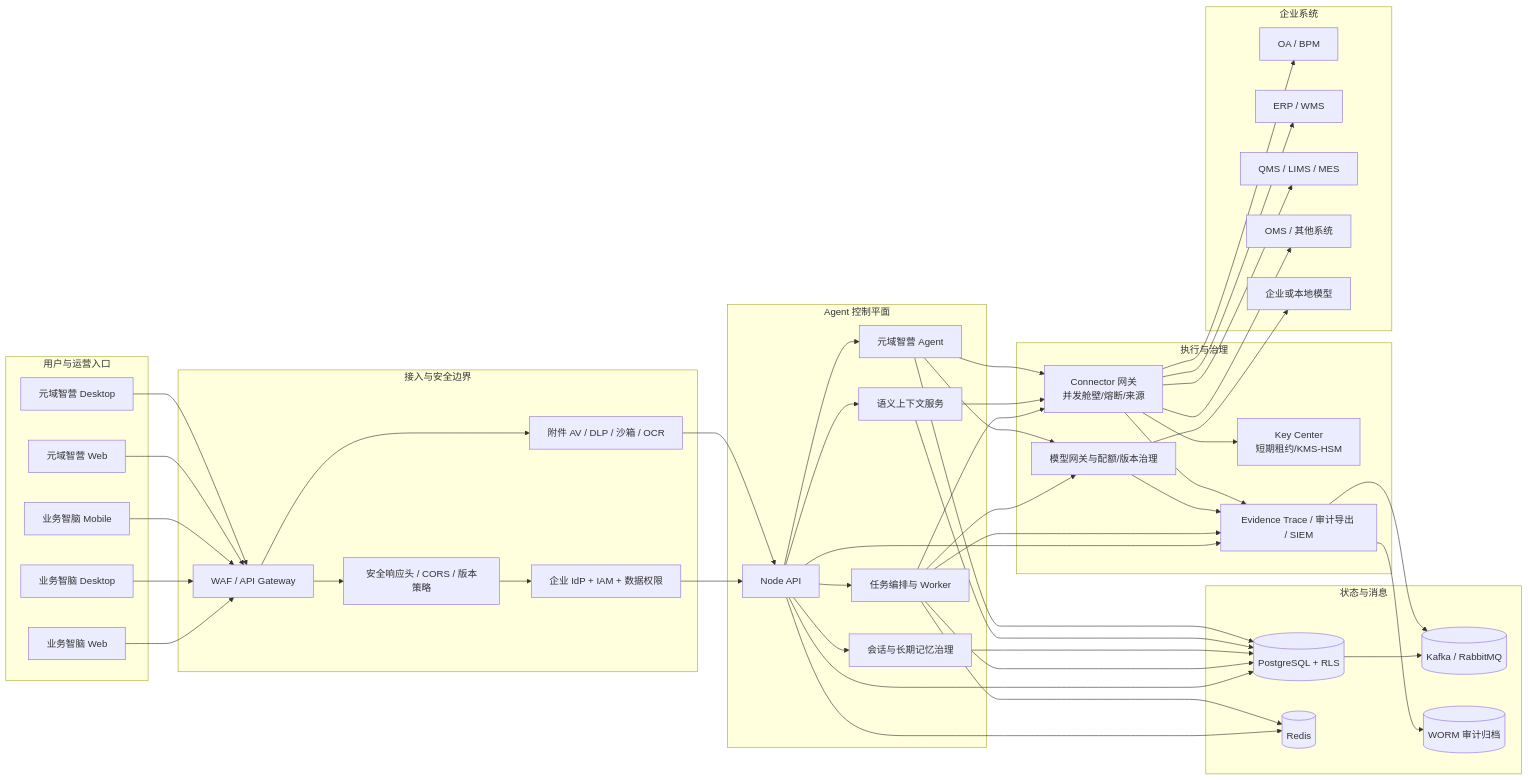
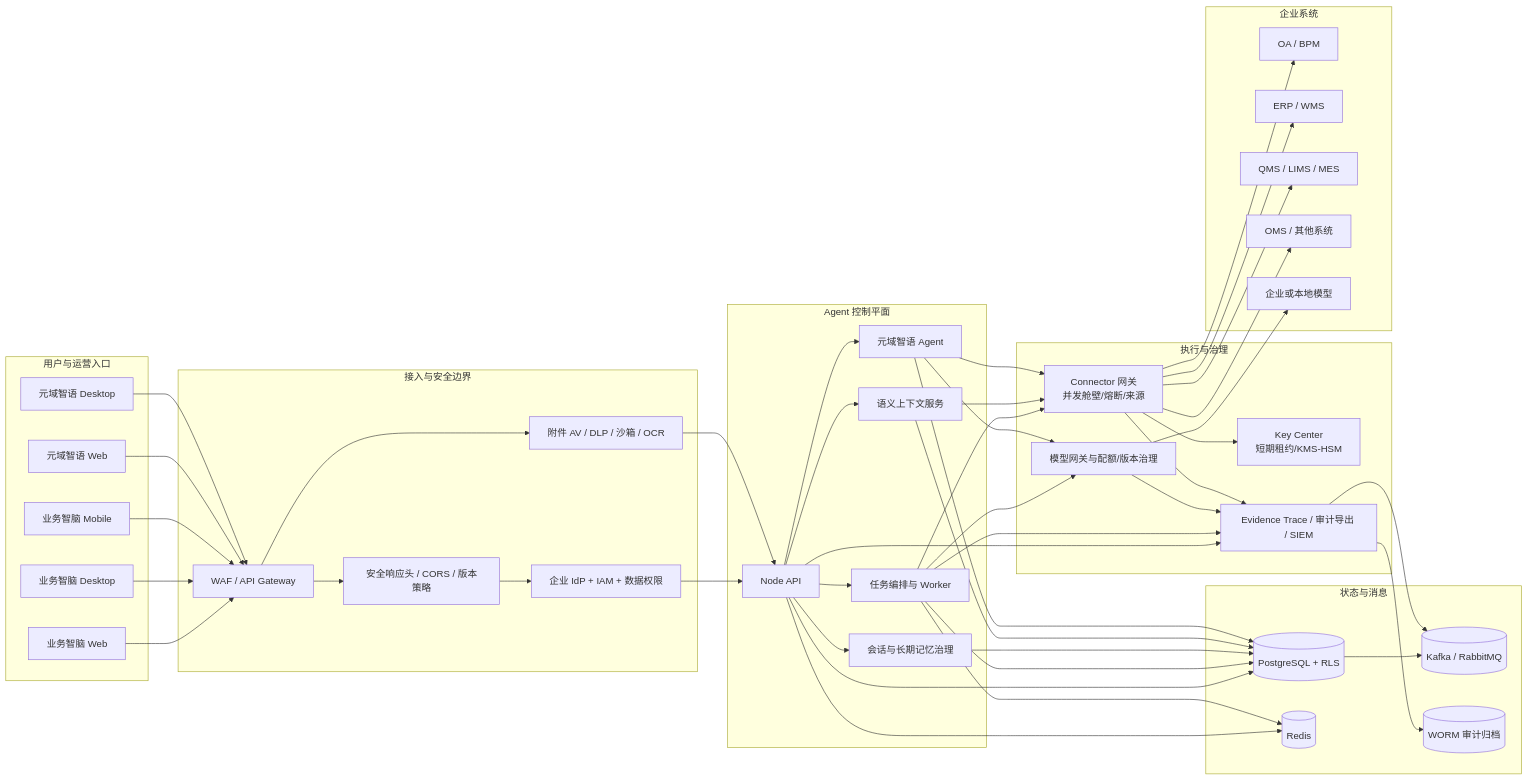
Before and after one commit to shulinw27-web/yuanyu-zhinao: the first of 2 diagrams in docs/operations/PRODUCTION_ARCHITECTURE_AND_OPERATIONS.md, drawn with Mermaid. The commit also changed other lines of this file and 145 other files, not shown here.

````diff
--- a/docs/operations/PRODUCTION_ARCHITECTURE_AND_OPERATIONS.md
+++ b/docs/operations/PRODUCTION_ARCHITECTURE_AND_OPERATIONS.md
@@ -13,60 +13,60 @@
 ```mermaid
 flowchart LR
   subgraph Clients[用户与运营入口]
     BW[业务智脑 Web]
     BD[业务智脑 Desktop]
     BM[业务智脑 Mobile]
-    SW[元域智营 Web]
-    SD[元域智营 Desktop]
+    SW[元域智语 Web]
+    SD[元域智语 Desktop]
   end
 
   subgraph Edge[接入与安全边界]
     GW[WAF / API Gateway]
     VP[安全响应头 / CORS / 版本策略]
     IAM[企业 IdP + IAM + 数据权限]
     MM[附件 AV / DLP / 沙箱 / OCR]
   end
 
   subgraph Control[Agent 控制平面]
     API[Node API]
     ORCH[任务编排与 Worker]
     MEM[会话与长期记忆治理]
     SEM[语义上下文服务]
-    SOP[元域智营 Agent]
+    SOP[元域智语 Agent]
   end
 
   subgraph Govern[执行与治理]
     MG[模型网关与配额/版本治理]
     CG[Connector 网关\n并发舱壁/熔断/来源]
     KC[Key Center\n短期租约/KMS-HSM]
     EV[Evidence Trace / 审计导出 / SIEM]
   end
 
   subgraph Data[状态与消息]
     PG[(PostgreSQL + RLS)]
     RD[(Redis)]
     MQ[(Kafka / RabbitMQ)]
     OW[(WORM 审计归档)]
   end
 
   subgraph Enterprise[企业系统]
     OA[OA / BPM]
     ERP[ERP / WMS]
     QMS[QMS / LIMS / MES]
     OMS[OMS / 其他系统]
     LLM[企业或本地模型]
   end
 
   BW & BD & BM & SW & SD --> GW --> VP --> IAM --> API
   GW --> MM --> API
   API --> ORCH & MEM & SEM & SOP
   ORCH & SOP --> MG --> LLM
   ORCH & SEM & SOP --> CG
   CG --> KC
   CG --> OA & ERP & QMS & OMS
   API & ORCH & MEM & SEM & SOP --> PG
   API & ORCH --> RD
   PG --> MQ
   API & ORCH & MG & CG --> EV --> OW
   EV --> MQ
 ```
````
